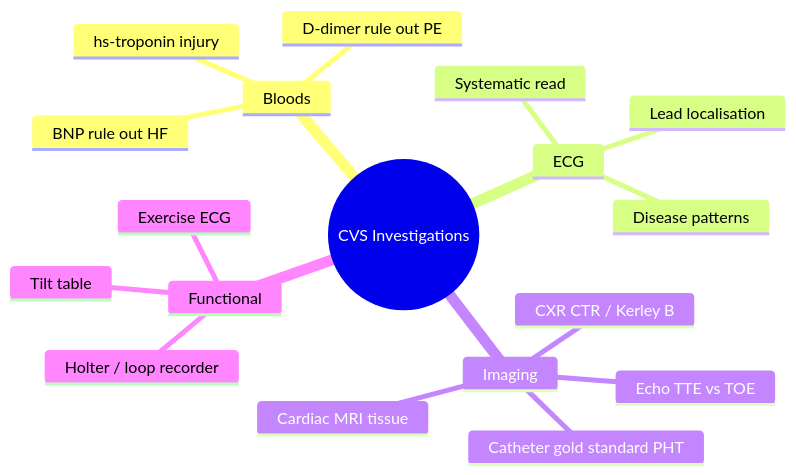
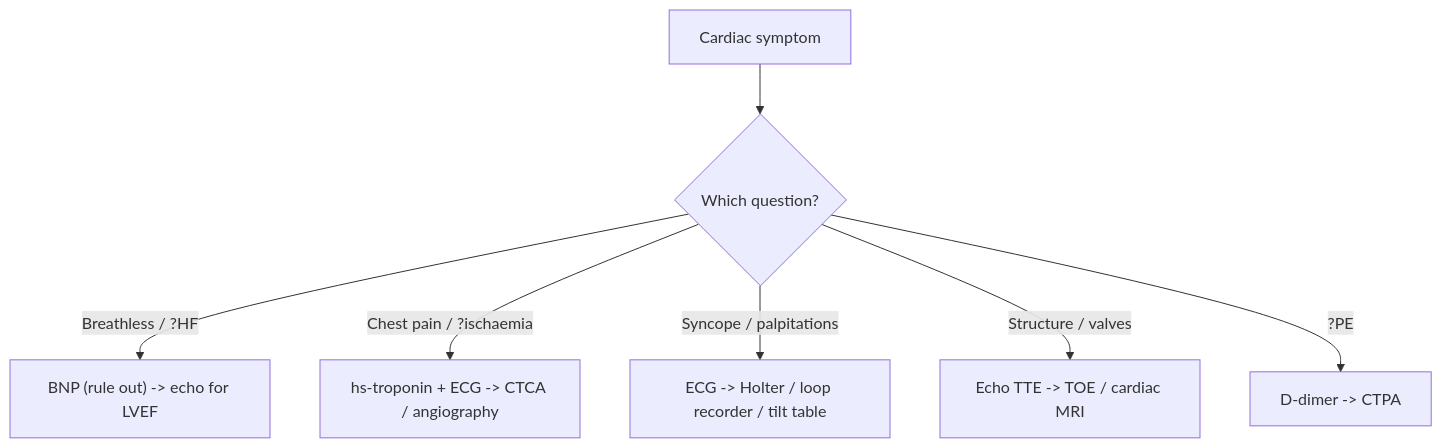
One commit to samacek123-design/study-site-notes changed the diagram in content/Cardiology/Cardiovascular Investigations and ECG.md. Above: the diagram before and after it, drawn with Mermaid. The commit also changed other lines of this file and 15 other files, not shown here.

````diff
--- a/content/Cardiology/Cardiovascular Investigations and ECG.md
+++ b/content/Cardiology/Cardiovascular Investigations and ECG.md
@@ -50,21 +50,9 @@
 ```mermaid
-mindmap
-  root((CVS Investigations))
-    Bloods
-      BNP rule out HF
-      hs-troponin injury
-      D-dimer rule out PE
-    ECG
-      Systematic read
-      Lead localisation
-      Disease patterns
-    Imaging
-      CXR CTR / Kerley B
-      Echo TTE vs TOE
-      Cardiac MRI tissue
-      Catheter gold standard PHT
-    Functional
-      Holter / loop recorder
-      Exercise ECG
-      Tilt table
+flowchart TD
+  A["Cardiac symptom"] --> B{"Which question?"}
+  B -->|"Breathless / ?HF"| C["BNP (rule out) -> echo for LVEF"]
+  B -->|"Chest pain / ?ischaemia"| D["hs-troponin + ECG -> CTCA / angiography"]
+  B -->|"Syncope / palpitations"| E["ECG -> Holter / loop recorder / tilt table"]
+  B -->|"Structure / valves"| F["Echo TTE -> TOE / cardiac MRI"]
+  B -->|"?PE"| G["D-dimer -> CTPA"]
 ```
````
